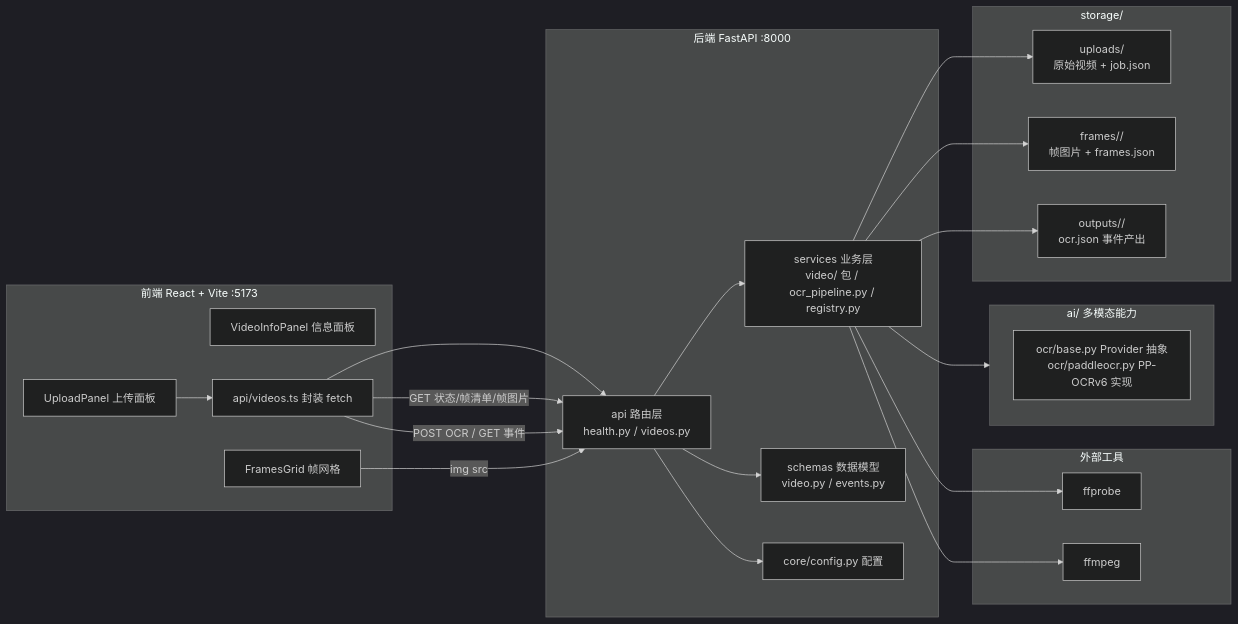
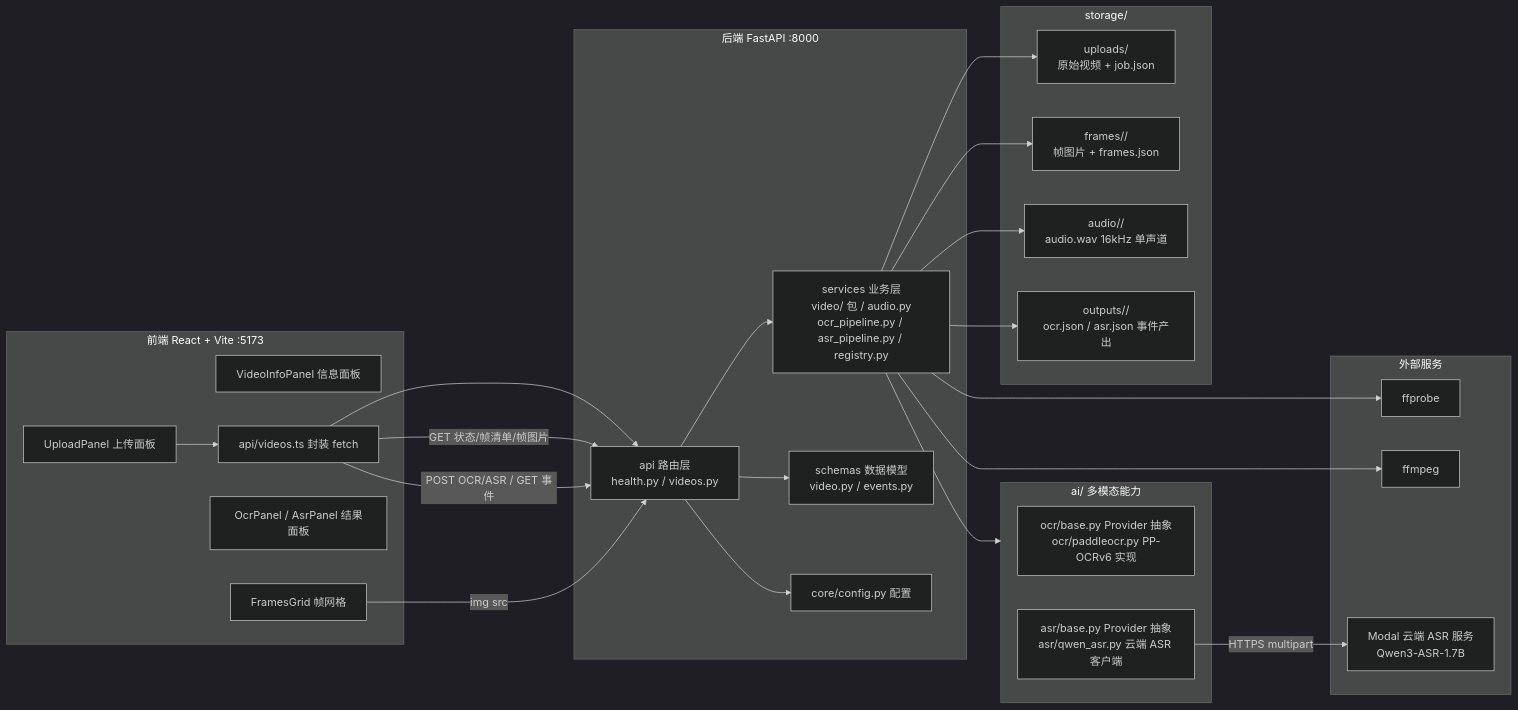
Before and after one commit to NCHU-2026-AI-Competition-Team/ai-comic-review: the diagram in docs/architecture.md, drawn with Mermaid (dark theme). The commit also changed other lines of this file and 1 other file, not shown here.

First line of the commit message:
docs: README 与架构说明补 ASR 切片

````diff
--- a/docs/architecture.md
+++ b/docs/architecture.md
@@ -5,45 +5,51 @@
 ```mermaid
 flowchart LR
     subgraph 前端[前端 React + Vite :5173]
         UP[UploadPanel 上传面板]
         VP[VideoInfoPanel 信息面板]
         FG[FramesGrid 帧网格]
+        OP[OcrPanel / AsrPanel 结果面板]
         API[api/videos.ts 封装 fetch]
     end
 
     subgraph 后端[后端 FastAPI :8000]
         ROUTE[api 路由层<br/>health.py / videos.py]
-        SVC[services 业务层<br/>video/ 包 / ocr_pipeline.py / registry.py]
+        SVC[services 业务层<br/>video/ 包 / audio.py<br/>ocr_pipeline.py / asr_pipeline.py / registry.py]
         SCHEMA[schemas 数据模型<br/>video.py / events.py]
         CFG[core/config.py 配置]
     end
 
     subgraph AI[ai/ 多模态能力]
         OCRP[ocr/base.py Provider 抽象<br/>ocr/paddleocr.py PP-OCRv6 实现]
+        ASRP[asr/base.py Provider 抽象<br/>asr/qwen_asr.py 云端 ASR 客户端]
     end
 
-    subgraph 外部工具
+    subgraph 外部服务
         FFP[ffprobe]
         FFM[ffmpeg]
+        MODAL[Modal 云端 ASR 服务<br/>Qwen3-ASR-1.7B]
     end
 
     subgraph 磁盘[storage/]
         UPL[uploads/<br/>原始视频 + job.json]
         FRM[frames/<video_id>/<br/>帧图片 + frames.json]
-        OUT[outputs/<video_id>/<br/>ocr.json 事件产出]
+        AUD[audio/<video_id>/<br/>audio.wav 16kHz 单声道]
+        OUT[outputs/<video_id>/<br/>ocr.json / asr.json 事件产出]
     end
 
     UP --> API --> ROUTE
     ROUTE --> SVC
     SVC --> AI
+    ASRP -->|HTTPS multipart| MODAL
     SVC --> FFP
     SVC --> FFM
     SVC --> UPL
     SVC --> FRM
+    SVC --> AUD
     SVC --> OUT
     ROUTE --> SCHEMA
     ROUTE --> CFG
     API -->|GET 状态/帧清单/帧图片| ROUTE
-    API -->|POST OCR / GET 事件| ROUTE
+    API -->|POST OCR/ASR / GET 事件| ROUTE
     FG -->|img src| ROUTE
 ```
````
